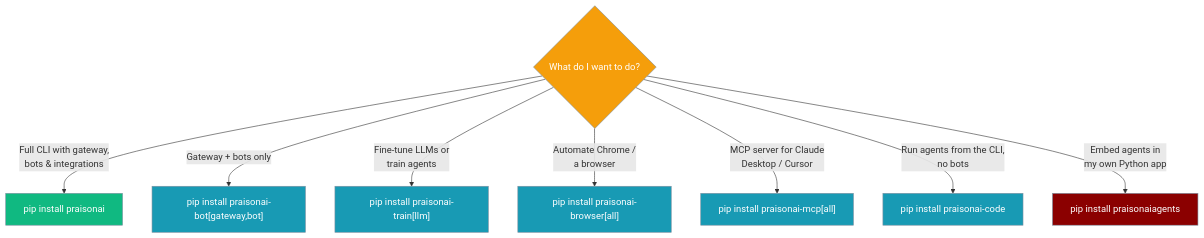
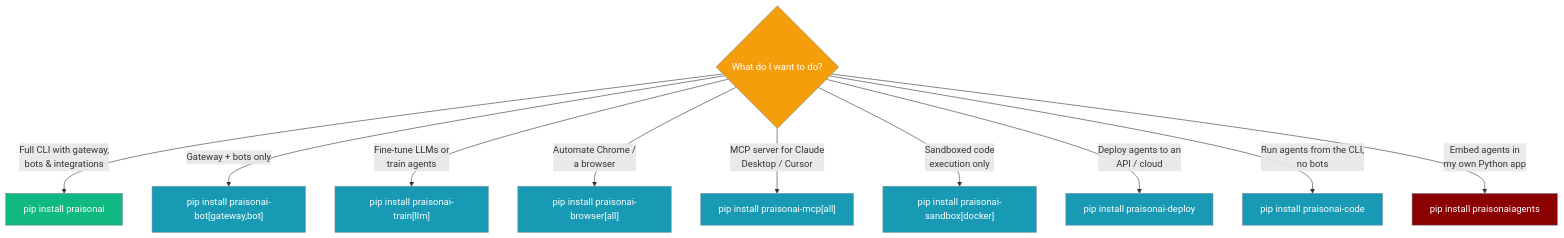
Before and after one commit to MervinPraison/PraisonAIDocs: the second of 3 diagrams in docs/features/architecture-tiers.mdx, drawn with Mermaid. The commit also changed other lines of this file and 7 other files, not shown here.

````diff
--- a/docs/features/architecture-tiers.mdx
+++ b/docs/features/architecture-tiers.mdx
@@ -85,21 +103,23 @@
 ```mermaid
 graph TB
     Q1{What do I want to do?}
     Q1 -->|Full CLI with gateway,<br/>bots & integrations| P1[pip install praisonai]
     Q1 -->|Gateway + bots only| P4["pip install praisonai-bot[gateway,bot]"]
     Q1 -->|Fine-tune LLMs or<br/>train agents| P5["pip install praisonai-train[llm]"]
     Q1 -->|Automate Chrome /<br/>a browser| P6["pip install praisonai-browser[all]"]
     Q1 -->|MCP server for Claude<br/>Desktop / Cursor| P7["pip install praisonai-mcp[all]"]
+    Q1 -->|Sandboxed code<br/>execution only| P8["pip install praisonai-sandbox[docker]"]
+    Q1 -->|Deploy agents to an<br/>API / cloud| P9[pip install praisonai-deploy]
     Q1 -->|Run agents from the CLI,<br/>no bots| P2[pip install praisonai-code]
     Q1 -->|Embed agents in<br/>my own Python app| P3[pip install praisonaiagents]
 
     classDef question fill:#F59E0B,stroke:#7C90A0,color:#fff
     classDef wrapper fill:#10B981,stroke:#7C90A0,color:#fff
     classDef runtime fill:#189AB4,stroke:#7C90A0,color:#fff
     classDef sdk fill:#8B0000,stroke:#7C90A0,color:#fff
 
     class Q1 question
     class P1 wrapper
-    class P2,P4,P5,P6,P7 runtime
+    class P2,P4,P5,P6,P7,P8,P9 runtime
     class P3 sdk
 ```
````
